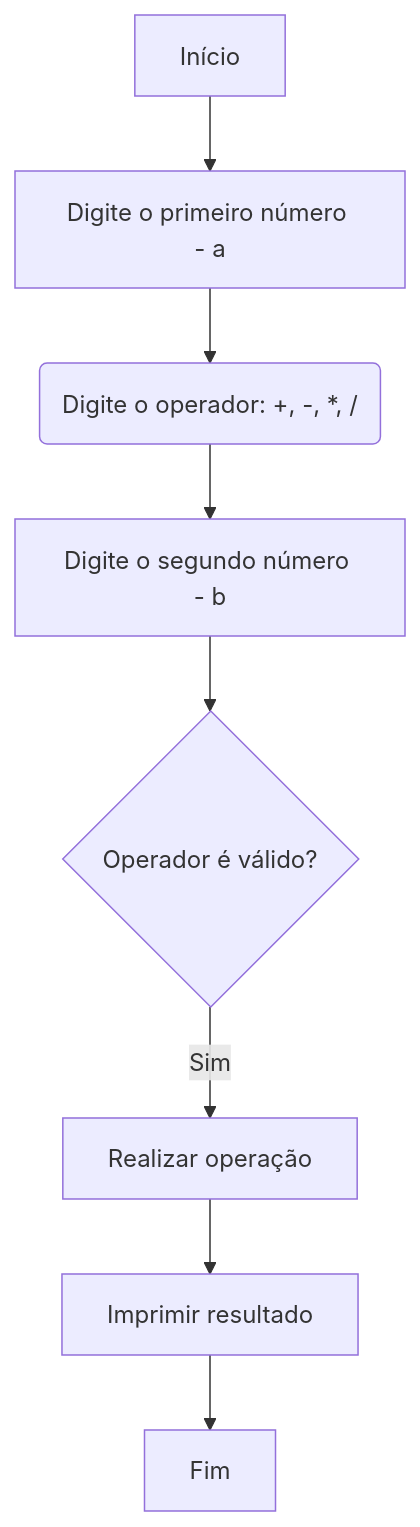
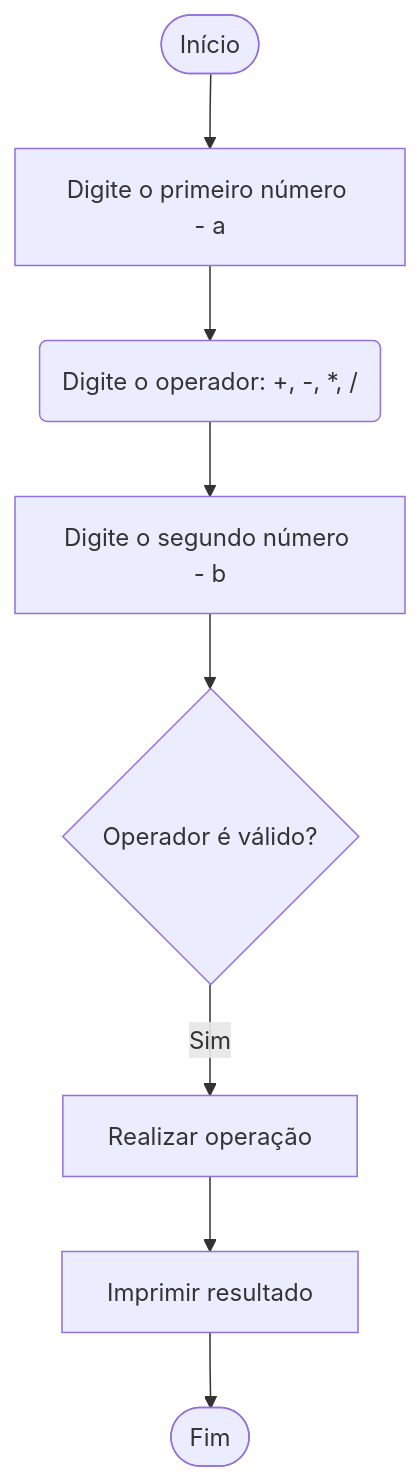
One commit to rineesousa/unifor changed the third of 4 diagrams in RLA/lista_exercicio1.md. Above: the diagram before and after it, drawn with Mermaid.

````diff
--- a/RLA/lista_exercicio1.md
+++ b/RLA/lista_exercicio1.md
@@ -100,10 +100,10 @@
 ```mermaid
 flowchart
-    A[Início] --> B[Digite o primeiro número - a]
+    A([Início]) --> B[Digite o primeiro número - a]
     B --> C(Digite o operador: +, -, *, /)
     C --> D[Digite o segundo número - b]
     D --> E{Operador é válido?}
     E -->|Sim| F[Realizar operação]
     F --> H[Imprimir resultado]
-    H --> I[Fim]
+    H --> I([Fim])
 ```
````
